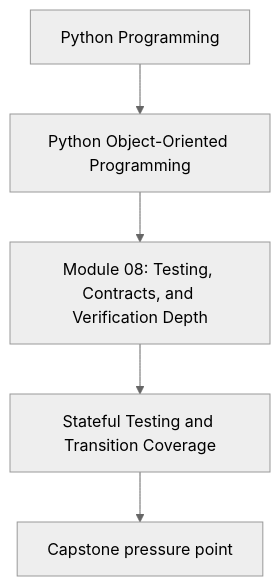
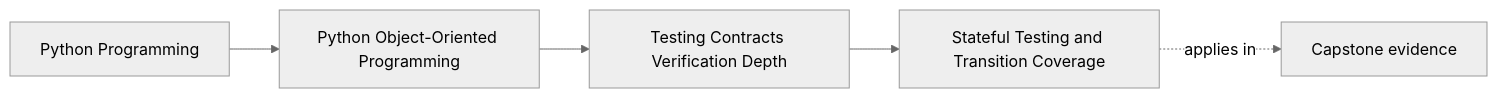
Before and after one commit to bijux/bijux-masterclass: the first of 2 diagrams in programs/python-programming/python-object-oriented-programming/course-book/module-08-testing-contracts-verification-depth/stateful-testing-and-transition-coverage.md, drawn with Mermaid (neutral theme). The commit also changed other lines of this file and 103 other files, not shown here.

Commit message:
docs(python-object-oriented-programming): map sustainment and capstone surfaces

````diff
--- a/programs/python-programming/python-object-oriented-programming/course-book/module-08-testing-contracts-verification-depth/stateful-testing-and-transition-coverage.md
+++ b/programs/python-programming/python-object-oriented-programming/course-book/module-08-testing-contracts-verification-depth/stateful-testing-and-transition-coverage.md
@@ -7,7 +7,11 @@
 ```mermaid
-flowchart TD
-  family["Python Programming"] --> program["Python Object-Oriented Programming"]
-  program --> module["Module 08: Testing, Contracts, and Verification Depth"]
-  module --> concept["Stateful Testing and Transition Coverage"]
-  concept --> capstone["Capstone pressure point"]
+graph LR
+  family["Python Programming"]
+  program["Python Object-Oriented Programming"]
+  section["Testing Contracts Verification Depth"]
+  page["Stateful Testing and Transition Coverage"]
+  capstone["Capstone evidence"]
+
+  family --> program --> section --> page
+  page -.applies in.-> capstone
 ```
````
